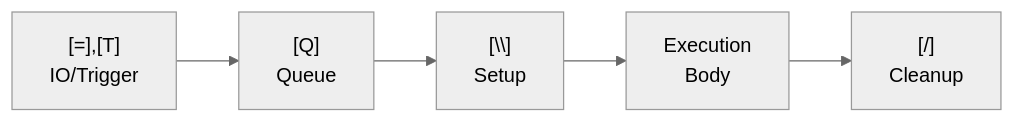
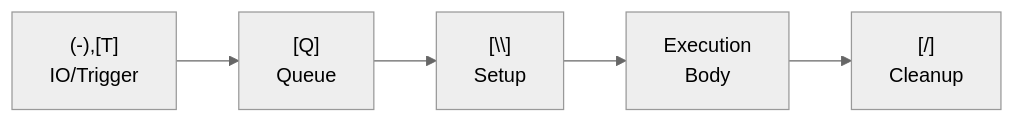
The first of 2 diagrams in docs/user/concepts/pipelines/wrappers.md (hasan-alj88/Polyglot), drawn with Mermaid (neutral theme) before and after one commit. The commit also changed other lines of this file and 356 other files, not shown here.

````diff
--- a/docs/user/concepts/pipelines/wrappers.md
+++ b/docs/user/concepts/pipelines/wrappers.md
@@ -32,10 +32,10 @@
 ```mermaid
 flowchart LR
-    TIO["[=],[T]\nIO/Trigger"]
+    TIO["(-),[T]\nIO/Trigger"]
     Q["[Q]\nQueue"]
     S["[\\]\nSetup"]
     EB["Execution\nBody"]
     C["[/]\nCleanup"]
 
     TIO --> Q --> S --> EB --> C
 ```
````
